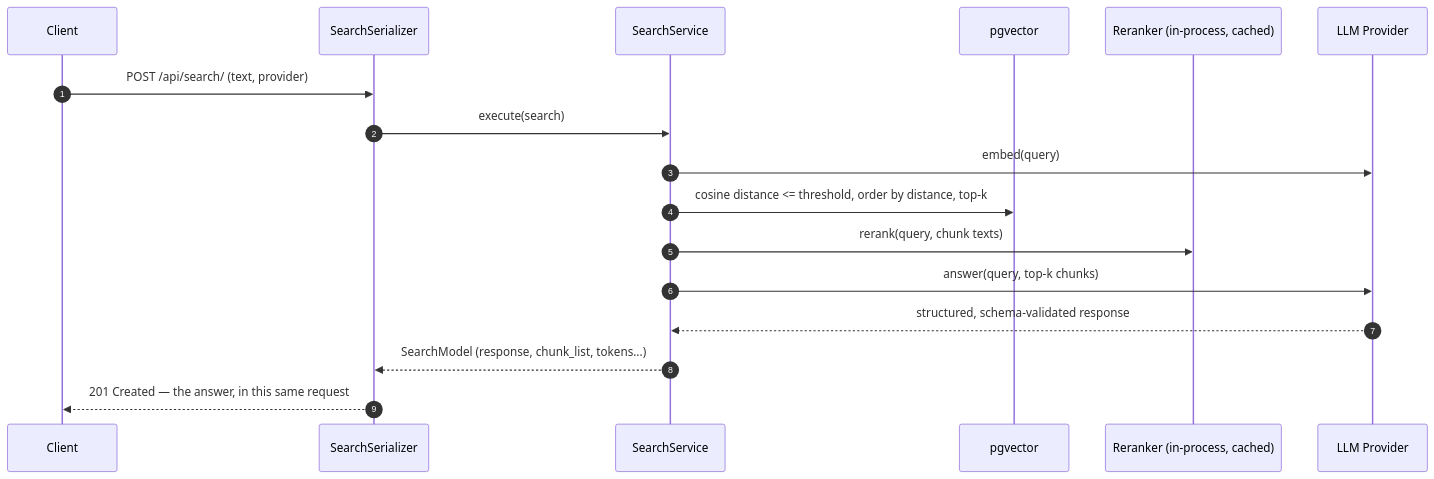
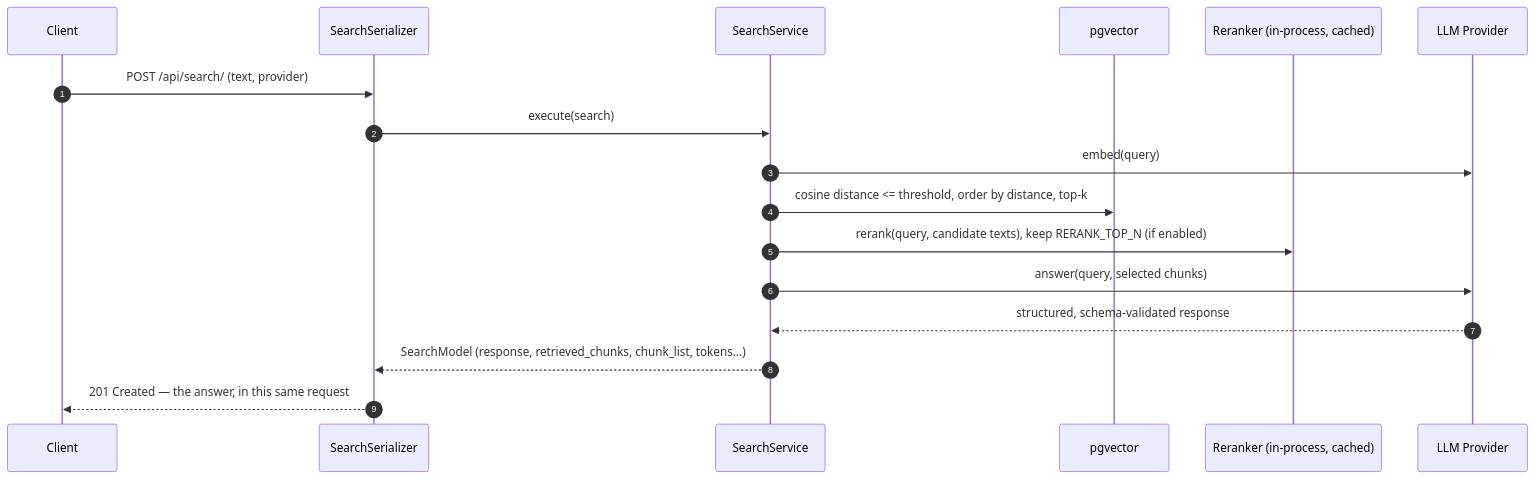
One commit to CarlosCruz1503/llm-backend changed the fourth of 5 diagrams in README.md. Above: the diagram before and after it, drawn with Mermaid. The commit also changed other lines of this file and 83 other files, not shown here.

````diff
--- a/README.md
+++ b/README.md
@@ -127,20 +131,20 @@
 ```mermaid
 sequenceDiagram
     autonumber
     participant C as Client
     participant API as SearchSerializer
     participant SS as SearchService
     participant PG as pgvector
     participant RR as Reranker (in-process, cached)
     participant LLM as LLM Provider
 
     C->>API: POST /api/search/ (text, provider)
     API->>SS: execute(search)
     SS->>LLM: embed(query)
     SS->>PG: cosine distance <= threshold, order by distance, top-k
-    SS->>RR: rerank(query, chunk texts)
-    SS->>LLM: answer(query, top-k chunks)
+    SS->>RR: rerank(query, candidate texts), keep RERANK_TOP_N (if enabled)
+    SS->>LLM: answer(query, selected chunks)
     LLM-->>SS: structured, schema-validated response
-    SS-->>API: SearchModel (response, chunk_list, tokens...)
+    SS-->>API: SearchModel (response, retrieved_chunks, chunk_list, tokens...)
     API-->>C: 201 Created — the answer, in this same request
 ```
````
